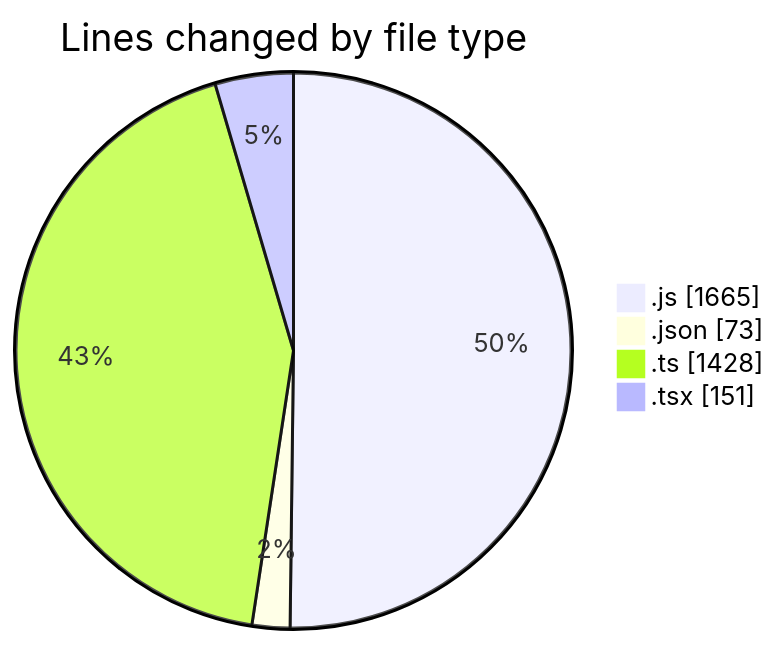
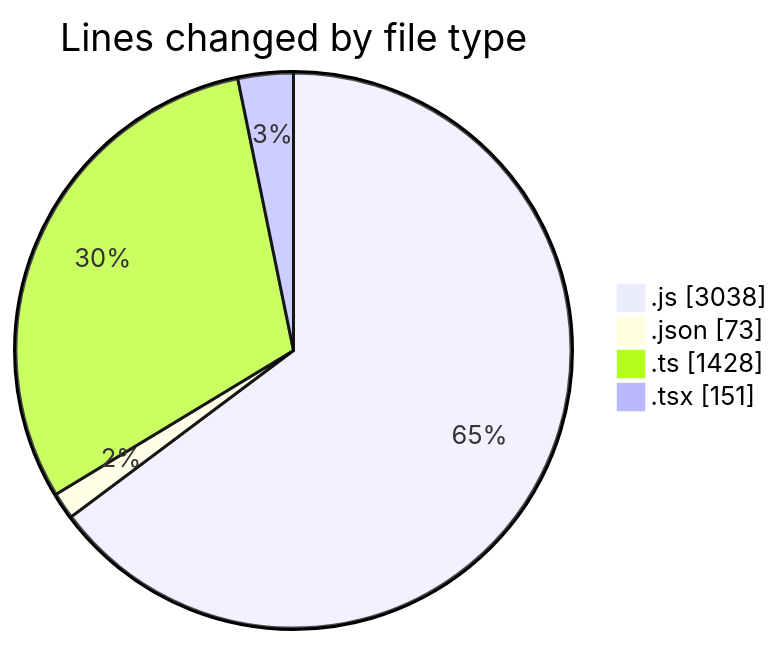
The first of 2 diagrams in 2026-03-23/cda/README.md (momahboobian/code-tracking), drawn with Mermaid before and after one commit. The commit also changed other lines of this file and 1 other file, not shown here.

````diff
--- a/2026-03-23/cda/README.md
+++ b/2026-03-23/cda/README.md
@@ -29,8 +30,8 @@
 ```mermaid
 pie showData
 title Lines changed by file type
-".js" : 1665
+".js" : 3038
 ".json" : 73
 ".ts" : 1428
 ".tsx" : 151
 ```
````
